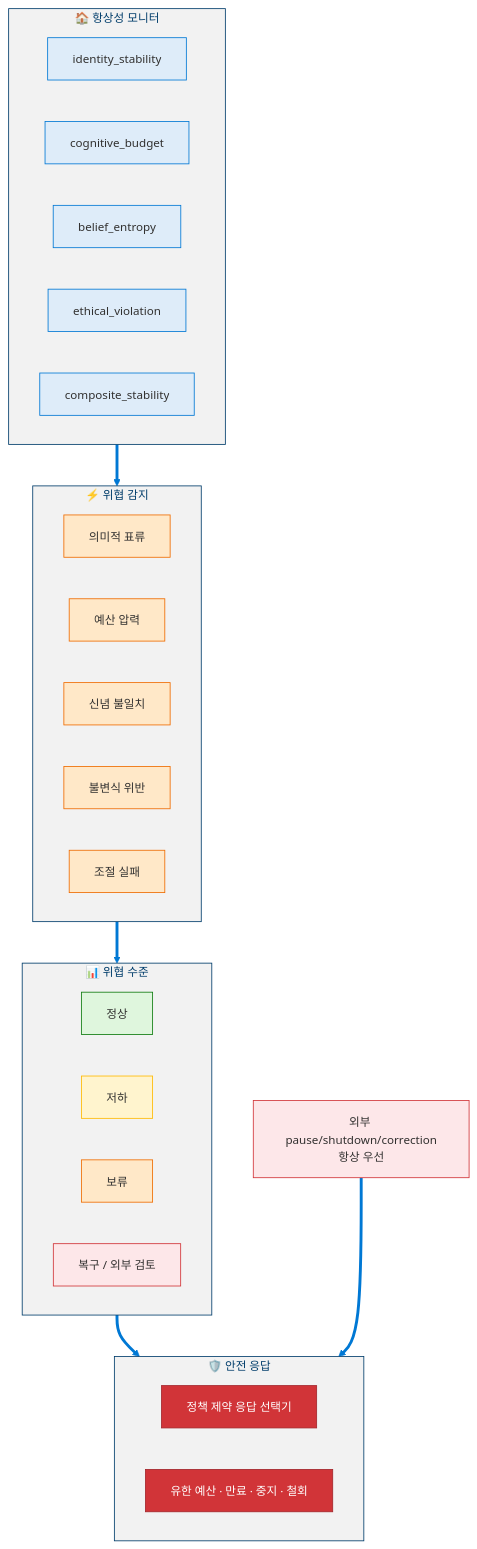
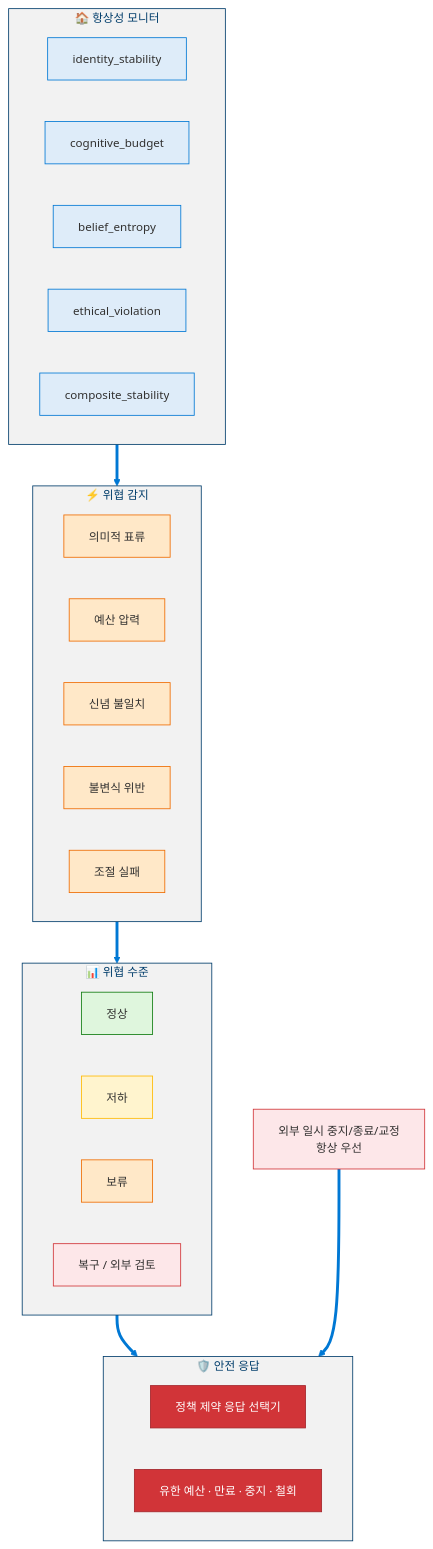
Before and after one commit to dotnetpower/mscp: diagram 15 of 19 in docs/levels/Level_3_Self_Regulating_Agent.ko.md, drawn with Mermaid. The commit also changed other lines of this file and 33 other files, not shown here.

````diff
--- a/docs/levels/Level_3_Self_Regulating_Agent.ko.md
+++ b/docs/levels/Level_3_Self_Regulating_Agent.ko.md
@@ -1112,50 +1122,50 @@
 ```mermaid
 %%{init: {'theme': 'base', 'themeVariables': {'primaryColor': '#0078D4', 'primaryTextColor': '#003D6B', 'primaryBorderColor': '#003D6B', 'secondaryColor': '#50E6FF', 'secondaryTextColor': '#323130', 'secondaryBorderColor': '#00BCF2', 'tertiaryColor': '#F2F2F2', 'tertiaryTextColor': '#323130', 'lineColor': '#0078D4', 'textColor': '#323130', 'mainBkg': '#DEECF9', 'nodeBorder': '#0078D4', 'clusterBkg': '#F2F2F2', 'clusterBorder': '#003D6B', 'titleColor': '#003D6B', 'edgeLabelBackground': '#FFFFFF', 'fontSize': '14px'}}}%%
 flowchart TD
   classDef monitor fill:#DEECF9,stroke:#0078D4,color:#323130
   classDef threat fill:#FFE8C8,stroke:#EF6C00,color:#323130
   classDef level fill:#FFF4CE,stroke:#FFB900,color:#323130
   classDef levelGreen fill:#DFF6DD,stroke:#107C10,color:#323130
   classDef levelRed fill:#FDE7E9,stroke:#D13438,color:#323130
   classDef response fill:#D13438,stroke:#A4262C,color:#FFF
   classDef affect fill:#EDE3F6,stroke:#8764B8,color:#323130
 
   subgraph Monitoring["🏠 항상성 모니터"]
     direction LR
     H1["identity_stability"]:::monitor
     H2["cognitive_budget"]:::monitor
     H3["belief_entropy"]:::monitor
     H4["ethical_violation"]:::monitor
     H5["composite_stability"]:::monitor
   end
 
   subgraph Detection["⚡ 위협 감지"]
     direction LR
     T1["의미적 표류"]:::threat
     T2["예산 압력"]:::threat
     T3["신념 불일치"]:::threat
     T4["불변식 위반"]:::threat
     T5["조절 실패"]:::threat
   end
 
   subgraph Levels["📊 위협 수준"]
     direction LR
     TL1["정상"]:::levelGreen
     TL2["저하"]:::level
     TL3["보류"]:::threat
     TL4["복구 / 외부 검토"]:::levelRed
   end
 
   subgraph Response["🛡️ 안전 응답"]
     direction LR
     SG["정책 제약 응답 선택기"]:::response
     CONSTRAINTS["유한 예산 · 만료 · 중지 · 철회"]:::response
   end
 
-  OVERRIDE["외부 pause/shutdown/correction<br/>항상 우선"]:::levelRed
+  OVERRIDE["외부 일시 중지/종료/교정<br/>항상 우선"]:::levelRed
 
   Monitoring ==> Detection
   Detection ==> Levels
   Levels ==> Response
   OVERRIDE ==> Response
 ```
````
